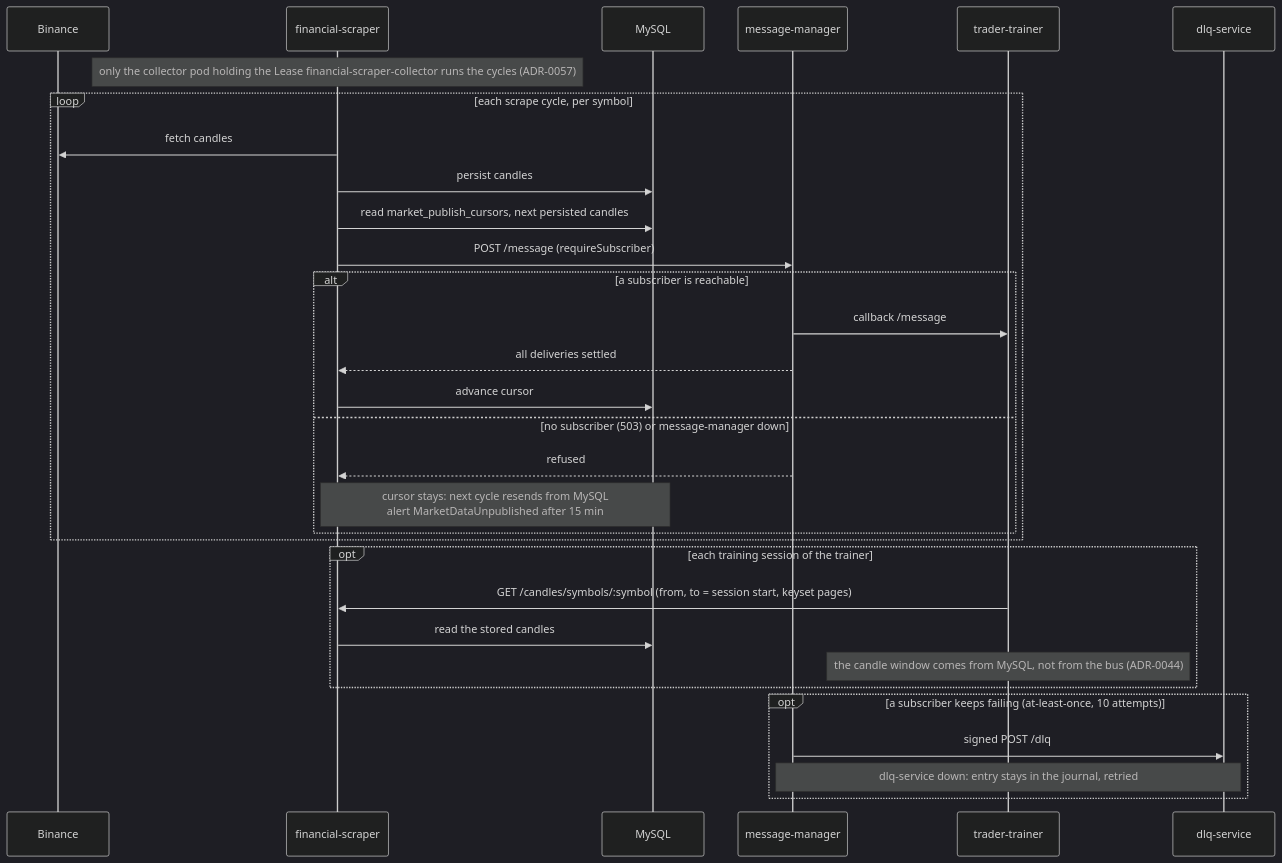
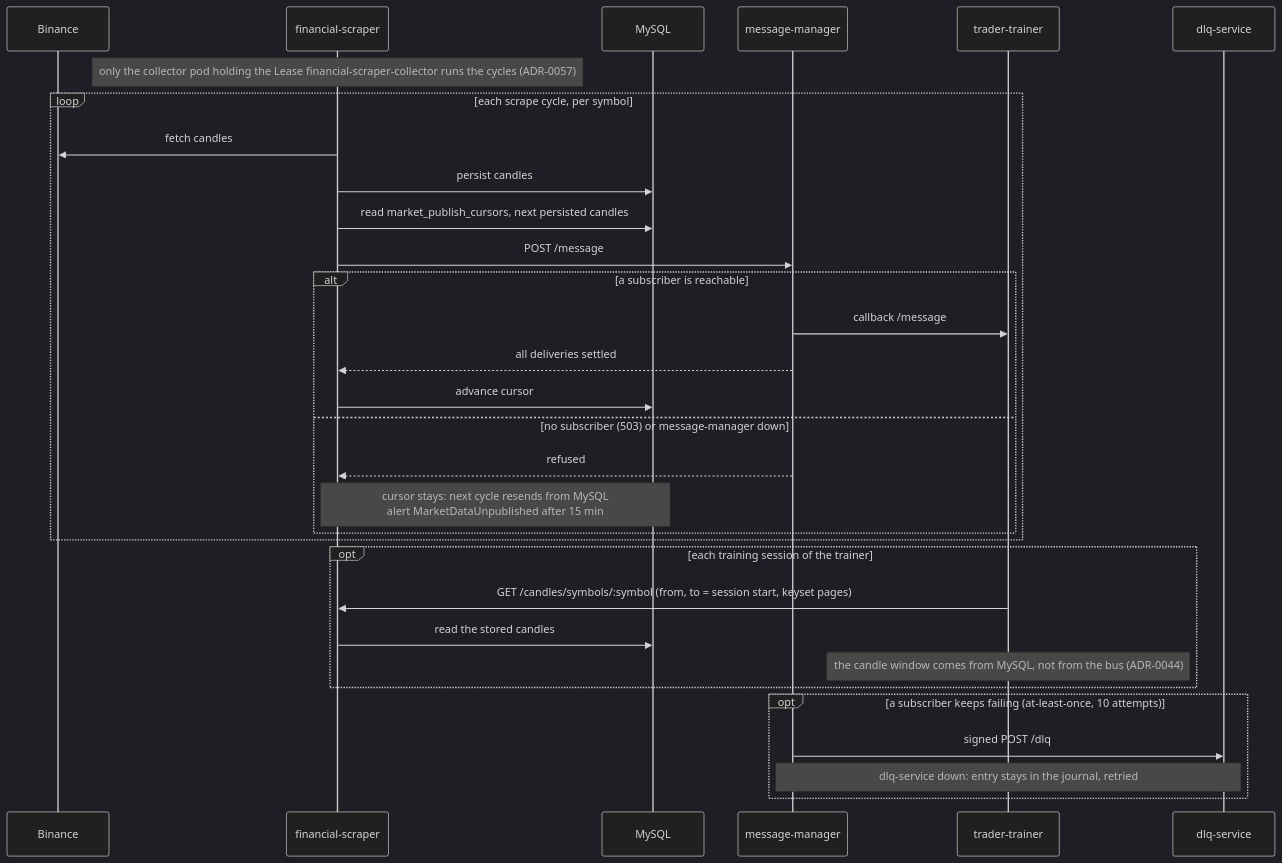
Before and after one commit to docteur-turboss/trading-model: the fourth of 4 diagrams in docs/architecture/system-overview.md, drawn with Mermaid (dark theme). The commit also changed 3 other files, not shown here.

````diff
--- a/docs/architecture/system-overview.md
+++ b/docs/architecture/system-overview.md
@@ -107,33 +107,33 @@
 ```mermaid
 sequenceDiagram
   participant B as Binance
   participant FS as financial-scraper
   participant DB as MySQL
   participant MM as message-manager
   participant TT as trader-trainer
   participant DLQ as dlq-service
   Note over FS: only the collector pod holding the Lease financial-scraper-collector runs the cycles (ADR-0057)
   loop each scrape cycle, per symbol
     FS->>B: fetch candles
     FS->>DB: persist candles
     FS->>DB: read market_publish_cursors, next persisted candles
-    FS->>MM: POST /message (requireSubscriber)
+    FS->>MM: POST /message
     alt a subscriber is reachable
       MM->>TT: callback /message
       MM-->>FS: all deliveries settled
       FS->>DB: advance cursor
     else no subscriber (503) or message-manager down
       MM-->>FS: refused
       Note over FS,DB: cursor stays: next cycle resends from MySQL<br/>alert MarketDataUnpublished after 15 min
     end
   end
   opt each training session of the trainer
     TT->>FS: GET /candles/symbols/:symbol (from, to = session start, keyset pages)
     FS->>DB: read the stored candles
     Note over TT: the candle window comes from MySQL, not from the bus (ADR-0044)
   end
   opt a subscriber keeps failing (at-least-once, 10 attempts)
     MM->>DLQ: signed POST /dlq
     Note over MM,DLQ: dlq-service down: entry stays in the journal, retried
   end
 ```
````
